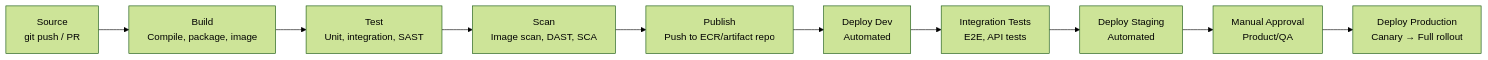
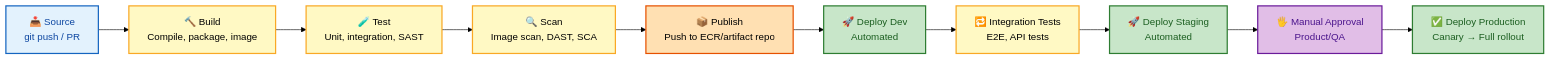
The fourth of 9 diagrams in aws/08-CICD-PLATFORMS.md (rakesh-budde/devops-guide), drawn with Mermaid (forest theme) before and after one commit. The commit also changed other lines of this file and 73 other files, not shown here.

````diff
--- a/aws/08-CICD-PLATFORMS.md
+++ b/aws/08-CICD-PLATFORMS.md
@@ -41,12 +147,22 @@
 ```mermaid
 graph LR
-    Source[Source<br/>git push / PR] --> Build[Build<br/>Compile, package, image]
-    Build --> Test[Test<br/>Unit, integration, SAST]
-    Test --> Scan[Scan<br/>Image scan, DAST, SCA]
-    Scan --> Publish[Publish<br/>Push to ECR/artifact repo]
-    Publish --> DeployDev[Deploy Dev<br/>Automated]
-    DeployDev --> IntegTest[Integration Tests<br/>E2E, API tests]
-    IntegTest --> DeployST[Deploy Staging<br/>Automated]
-    DeployST --> Approve[Manual Approval<br/>Product/QA]
-    Approve --> DeployProd[Deploy Production<br/>Canary → Full rollout]
+    Source["📥 Source<br/>git push / PR"] --> Build["🔨 Build<br/>Compile, package, image"]
+    Build --> Test["🧪 Test<br/>Unit, integration, SAST"]
+    Test --> Scan["🔍 Scan<br/>Image scan, DAST, SCA"]
+    Scan --> Publish["📦 Publish<br/>Push to ECR/artifact repo"]
+    Publish --> DeployDev["🚀 Deploy Dev<br/>Automated"]
+    DeployDev --> IntegTest["🔁 Integration Tests<br/>E2E, API tests"]
+    IntegTest --> DeployST["🚀 Deploy Staging<br/>Automated"]
+    DeployST --> Approve["🖐️ Manual Approval<br/>Product/QA"]
+    Approve --> DeployProd["✅ Deploy Production<br/>Canary → Full rollout"]
+    class Source start
+    class Build,Test,Scan,IntegTest proc
+    class Publish store
+    class DeployDev,DeployST,DeployProd good
+    class Approve ctrl
+    classDef start fill:#e3f2fd,stroke:#1565c0,color:#0d47a1,stroke-width:2px;
+    classDef proc fill:#fff9c4,stroke:#f9a825,color:#000,stroke-width:2px;
+    classDef good fill:#c8e6c9,stroke:#2e7d32,color:#1b5e20,stroke-width:2px;
+    classDef ctrl fill:#e1bee7,stroke:#6a1b9a,color:#4a148c,stroke-width:2px;
+    classDef store fill:#ffe0b2,stroke:#e65100,color:#000,stroke-width:2px;
 ```
````
